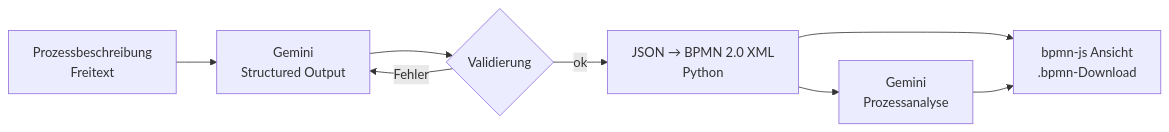
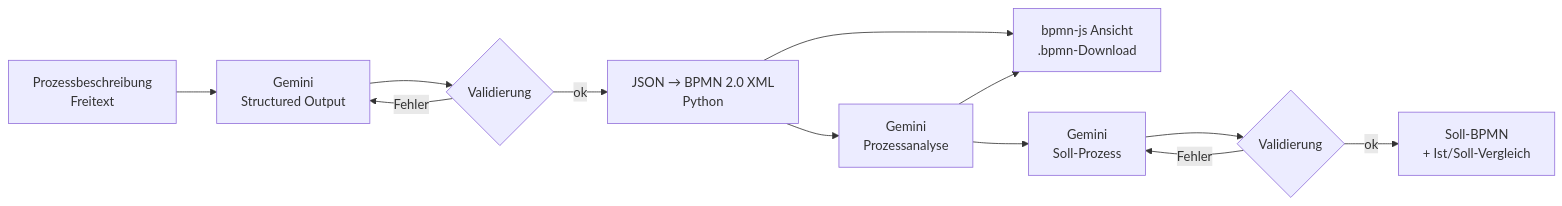
The diagram in README.md (Dona7s/prozess-copilot), drawn with Mermaid before and after one commit. The commit also changed other lines of this file and 8 other files, not shown here.

First line of the commit message:
Soll-Prozess (To-Be) sowie Zoom und Vollbild für Diagramme

````diff
--- a/README.md
+++ b/README.md
@@ -17,10 +17,14 @@
 ```mermaid
 flowchart LR
     A[Prozessbeschreibung<br/>Freitext] --> B[Gemini<br/>Structured Output]
     B --> C{Validierung}
     C -- Fehler --> B
     C -- ok --> D[JSON → BPMN 2.0 XML<br/>Python]
     D --> E[bpmn-js Ansicht<br/>.bpmn-Download]
     D --> F[Gemini<br/>Prozessanalyse]
     F --> E
+    F --> G[Gemini<br/>Soll-Prozess]
+    G --> C2{Validierung}
+    C2 -- Fehler --> G
+    C2 -- ok --> H[Soll-BPMN<br/>+ Ist/Soll-Vergleich]
 ```
````
